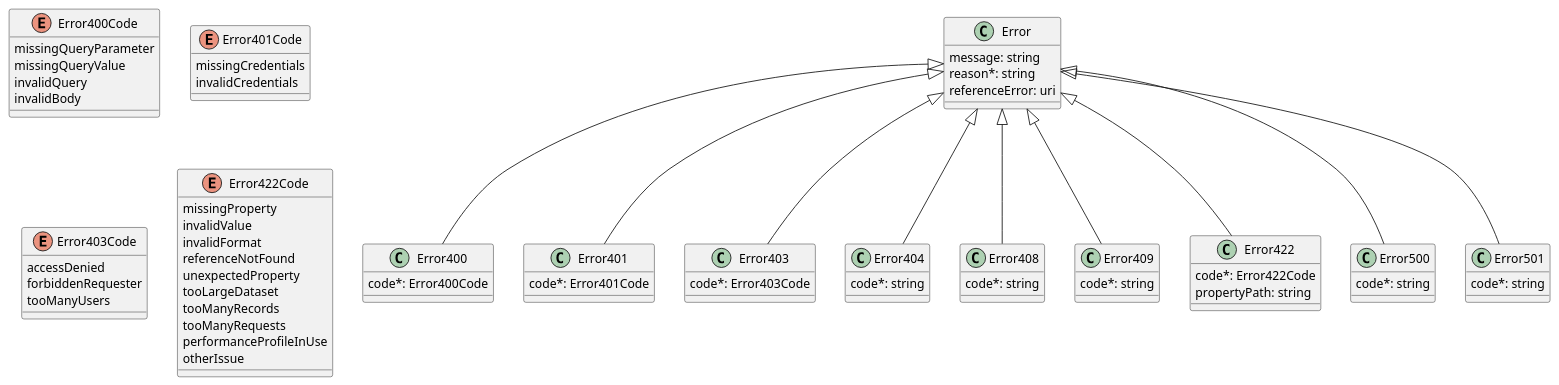
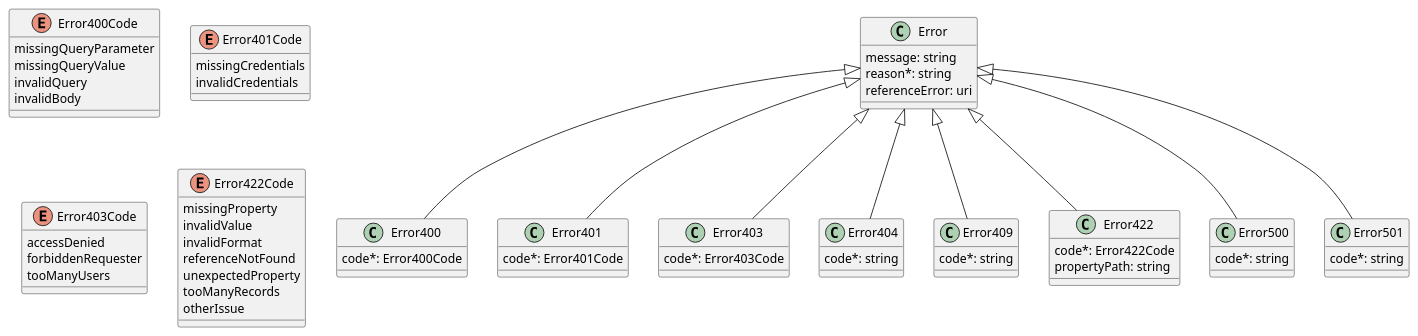
Before and after one commit to MEF-GIT/MEF-LSO-Interlude-SDK: the diagram in documentation/serviceApi/sft/serviceTest/media/src/errorEntities.puml, drawn with PlantUML. The commit also changed 120 other files, not shown here.

```diff
--- a/documentation/serviceApi/sft/serviceTest/media/src/errorEntities.puml
+++ b/documentation/serviceApi/sft/serviceTest/media/src/errorEntities.puml
@@ -1,112 +1,104 @@
 @startuml errorEntities
 
 class Error {
 
     message: string
     reason*: string
     referenceError: uri
 }
 
 
 
 class Error400 {
 
     code*: Error400Code
 }
 Error <|-- Error400
 
 
 
 enum Error400Code {
 
     missingQueryParameter
     missingQueryValue
     invalidQuery
     invalidBody
 }
 class Error401 {
 
     code*: Error401Code
 }
 Error <|-- Error401
 
 
 
 enum Error401Code {
 
     missingCredentials
     invalidCredentials
 }
 class Error403 {
 
     code*: Error403Code
 }
 Error <|-- Error403
 
 
 
 enum Error403Code {
 
     accessDenied
     forbiddenRequester
     tooManyUsers
 }
 class Error404 {
 
     code*: string
 }
 Error <|-- Error404
 
-class Error408 {
 
-    code*: string
-}
-Error <|-- Error408
 
 class Error409 {
 
     code*: string
 }
 Error <|-- Error409
 
 
 
 class Error422 {
 
     code*: Error422Code
     propertyPath: string
 }
 Error <|-- Error422
 
 
 
 enum Error422Code {
 
     missingProperty
     invalidValue
     invalidFormat
     referenceNotFound
     unexpectedProperty
-    tooLargeDataset
     tooManyRecords
-    tooManyRequests
-    performanceProfileInUse
     otherIssue
 }
 class Error500 {
 
     code*: string
 }
 Error <|-- Error500
 
 
 
 class Error501 {
 
     code*: string
 }
 Error <|-- Error501
 
 
-
 @enduml
```
